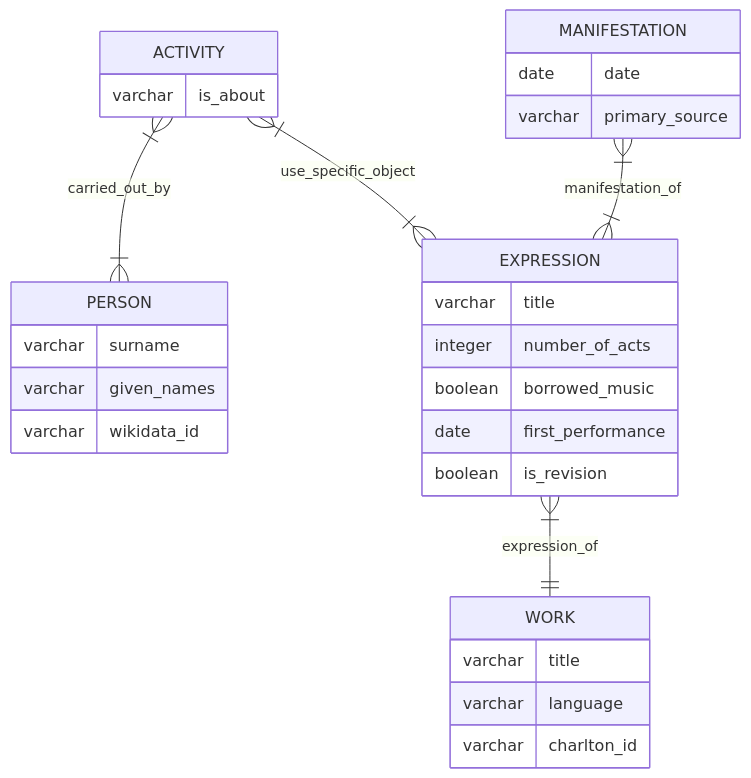
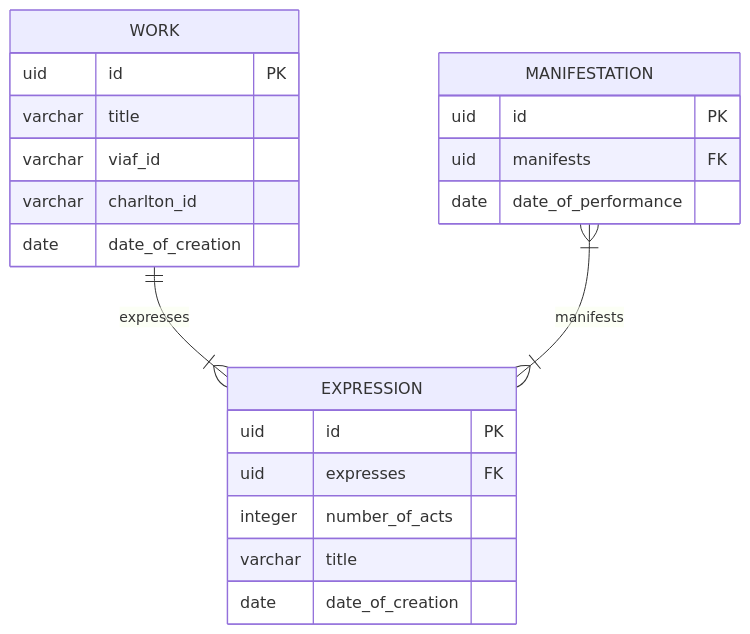
Before and after one commit to kat-kel/opera-comique-revivals: the diagram in README.md, drawn with Mermaid. The commit also changed other lines of this file and 5 other files, not shown here.

````diff
--- a/README.md
+++ b/README.md
@@ -7,33 +19,28 @@
 ```mermaid
 erDiagram
+    
+    WORK {
+        uid id PK
+        varchar title
+        varchar viaf_id
+        varchar charlton_id
+        date date_of_creation
+    }
 
-    PERSON {
-        varchar surname
-        varchar given_names
-        varchar wikidata_id
+    WORK ||--|{ EXPRESSION : expresses
+    EXPRESSION {
+        uid id PK
+        uid expresses FK
+        integer number_of_acts
+        varchar title
+        date date_of_creation
     }
-    ACTIVITY {
-        varchar is_about
+
+    MANIFESTATION }|--|{ EXPRESSION : manifests
+    MANIFESTATION {
+        uid id PK
+        uid manifests FK
+        date date_of_performance
     }
-    ACTIVITY }|--|{ PERSON : carried_out_by
-    ACTIVITY }|--|{ EXPRESSION : use_specific_object
-    EXPRESSION {
-        varchar title
-        integer number_of_acts
-        boolean borrowed_music
-        date first_performance
-        boolean is_revision
-    }
-    WORK {
-        varchar title
-        varchar language
-        varchar charlton_id
-    }
-    EXPRESSION }|--|| WORK : expression_of
-    MANIFESTATION {
-        date date
-        varchar primary_source
-    }
-    MANIFESTATION }|--|{ EXPRESSION : manifestation_of
 
 ```
````
